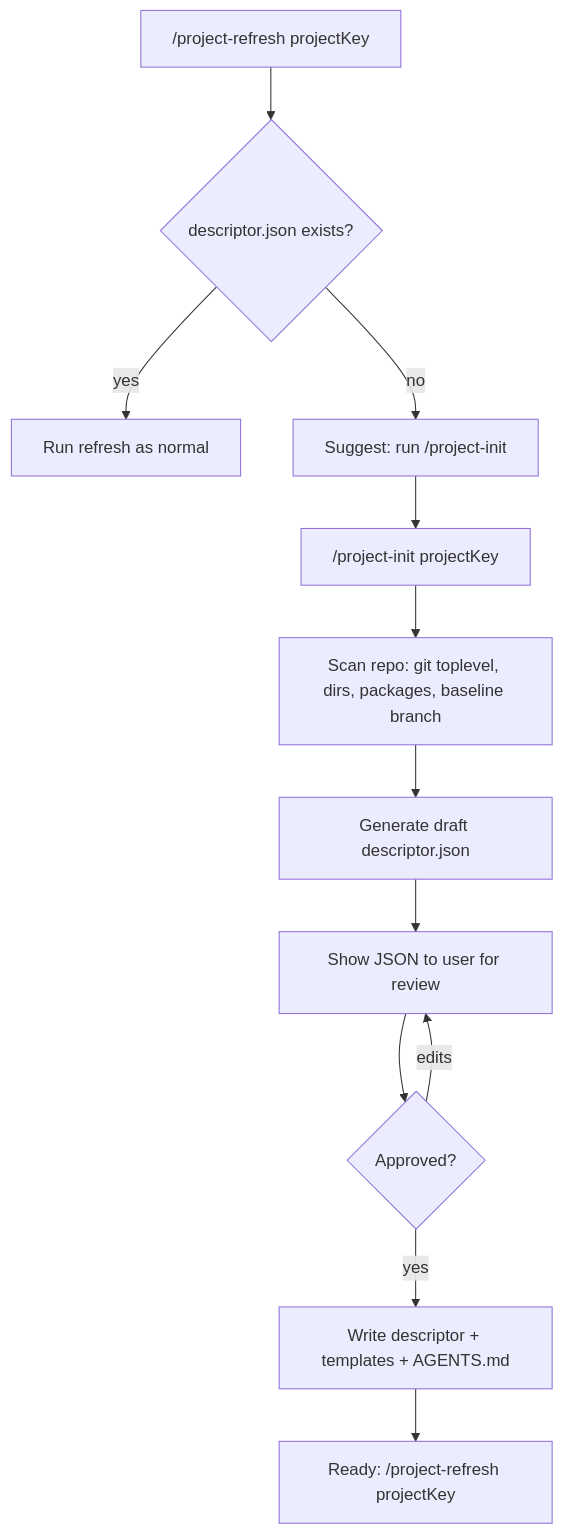
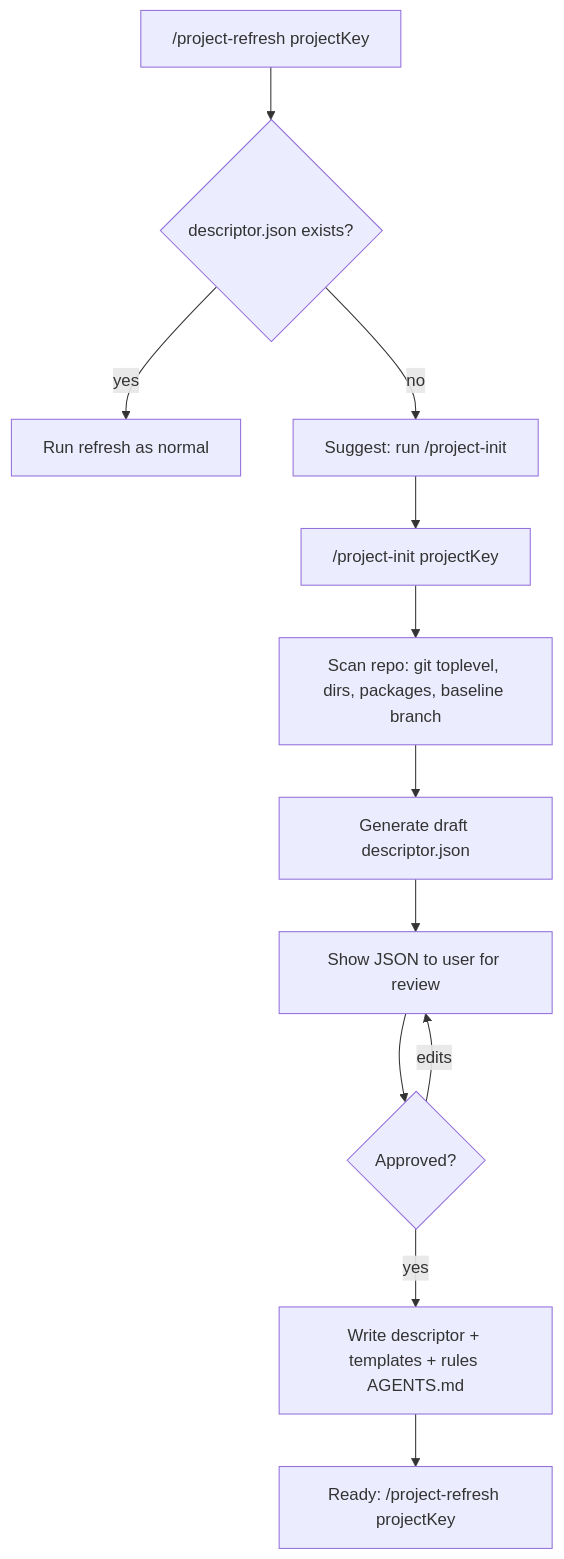
One commit to palaeologic/opencode-conductor changed the first of 3 diagrams in README.md. Above: the diagram before and after it, drawn with Mermaid. The commit also changed other lines of this file and 4 other files, not shown here.

````diff
--- a/README.md
+++ b/README.md
@@ -242,15 +246,15 @@
 ```mermaid
 flowchart TD
   UserRefresh["/project-refresh projectKey"] --> CheckDesc{"descriptor.json exists?"}
   CheckDesc -- yes --> NormalRefresh["Run refresh as normal"]
   CheckDesc -- no --> AutoPrompt["Suggest: run /project-init"]
   AutoPrompt --> InitFlow["/project-init projectKey"]
 
   InitFlow --> Scan["Scan repo: git toplevel, dirs, packages, baseline branch"]
   Scan --> DraftDescriptor["Generate draft descriptor.json"]
   DraftDescriptor --> PresentDraft["Show JSON to user for review"]
   PresentDraft --> UserApproves{"Approved?"}
-  UserApproves -- yes --> WriteDescriptor["Write descriptor + templates + AGENTS.md"]
+  UserApproves -- yes --> WriteDescriptor["Write descriptor + templates + rules AGENTS.md"]
   UserApproves -- edits --> PresentDraft
   WriteDescriptor --> Ready["Ready: /project-refresh projectKey"]
 ```
````
